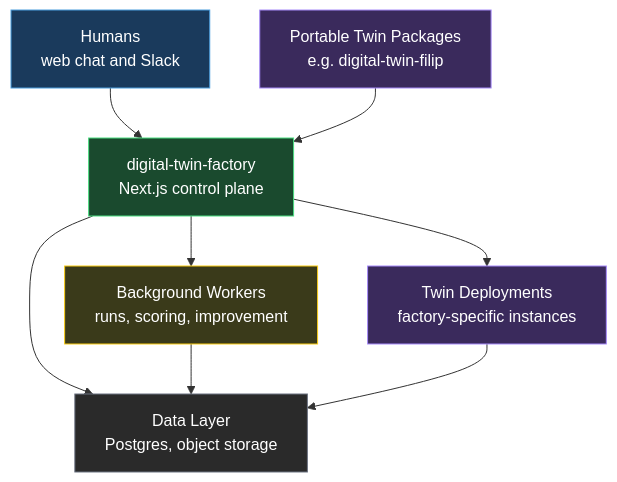
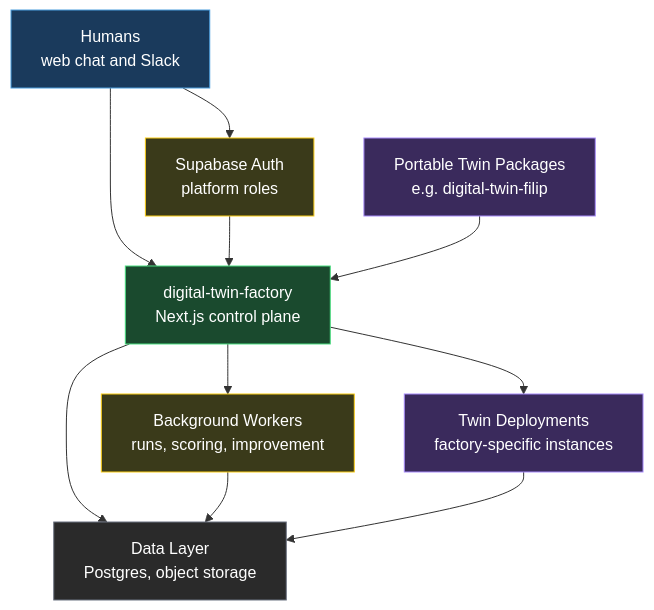
One commit to fszale/digital-twin-factory changed the first of 4 diagrams in docs/architecture.md. Above: the diagram before and after it, drawn with Mermaid. The commit also changed other lines of this file and 63 other files, not shown here.

````diff
--- a/docs/architecture.md
+++ b/docs/architecture.md
@@ -10,30 +10,35 @@
 ```mermaid
 graph TB
     HUMANS["Humans
 web chat and Slack"]
+    AUTH["Supabase Auth
+ platform roles"]
     PLATFORM["digital-twin-factory
 Next.js control plane"]
     TWINS["Portable Twin Packages
 e.g. digital-twin-filip"]
     DEPLOY["Twin Deployments
 factory-specific instances"]
     STORE["Data Layer
 Postgres, object storage"]
     WORKERS["Background Workers
 runs, scoring, improvement"]
 
     HUMANS --> PLATFORM
+    HUMANS --> AUTH
+    AUTH --> PLATFORM
     TWINS --> PLATFORM
     PLATFORM --> DEPLOY
     PLATFORM --> STORE
     PLATFORM --> WORKERS
     WORKERS --> STORE
     DEPLOY --> STORE
 
     style HUMANS fill:#1a3a5c,color:#fff,stroke:#4a9ede
+    style AUTH fill:#3a3a1a,color:#fff,stroke:#facc15
     style PLATFORM fill:#1a4a2e,color:#fff,stroke:#4ade80
     style TWINS fill:#3a2a5c,color:#fff,stroke:#a78bfa
     style DEPLOY fill:#3a2a5c,color:#fff,stroke:#a78bfa
     style STORE fill:#2a2a2a,color:#fff,stroke:#6b7280
     style WORKERS fill:#3a3a1a,color:#fff,stroke:#facc15
 ```
````
